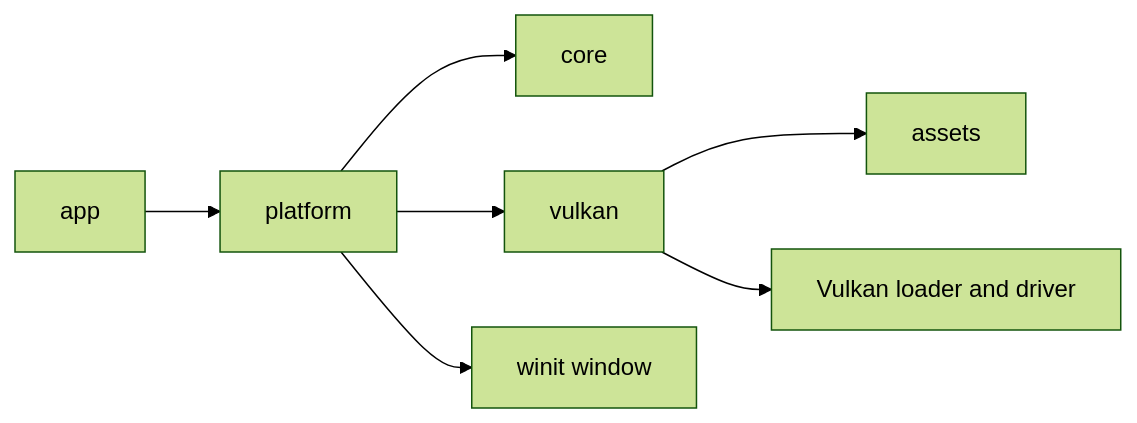
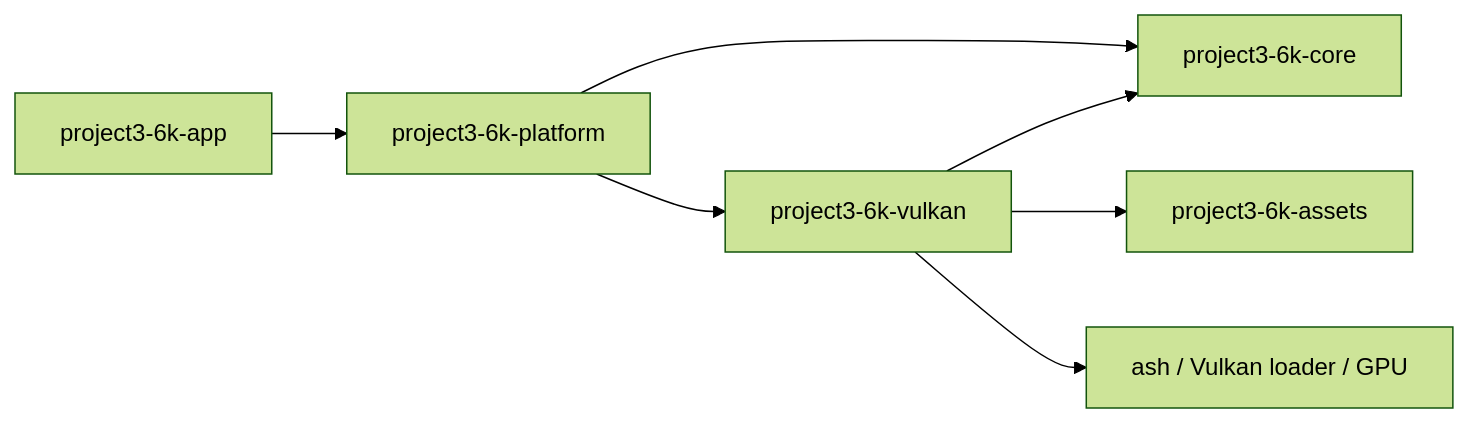
The diagram in docs/architecture/overview.md (LarpingAgent/Project3.6k), drawn with Mermaid (forest theme) before and after one commit. The commit also changed other lines of this file and 7 other files, not shown here.

Commit message:
docs(architecture): audit foundation and define phase roadmap

````diff
--- a/docs/architecture/overview.md
+++ b/docs/architecture/overview.md
@@ -5,9 +7,9 @@
 ```mermaid
 flowchart LR
-  app[app] --> platform[platform]
-  platform --> core[core]
-  platform --> vulkan[vulkan]
-  platform --> window[winit window]
-  vulkan --> assets[assets]
-  vulkan --> driver[Vulkan loader and driver]
+  app[project3-6k-app] --> platform[project3-6k-platform]
+  platform --> core[project3-6k-core]
+  platform --> vulkan[project3-6k-vulkan]
+  vulkan --> core
+  vulkan --> assets[project3-6k-assets]
+  vulkan --> driver[ash / Vulkan loader / GPU]
 ```
````
